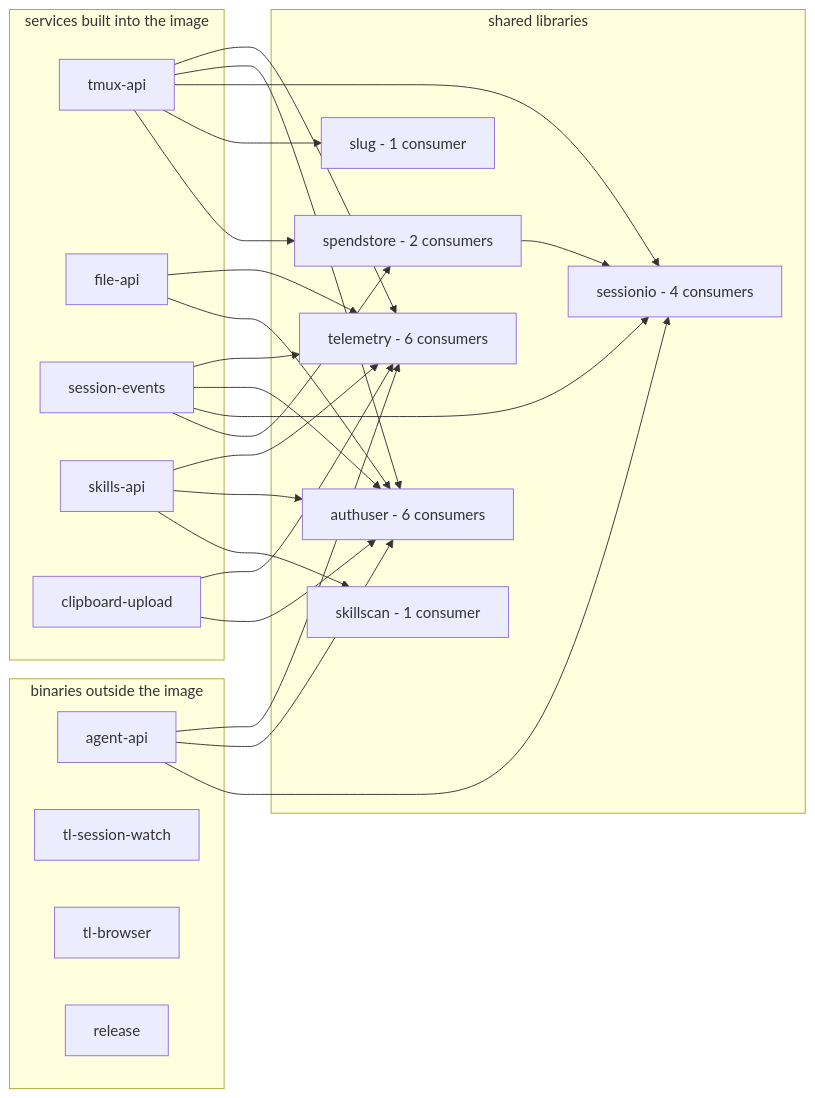
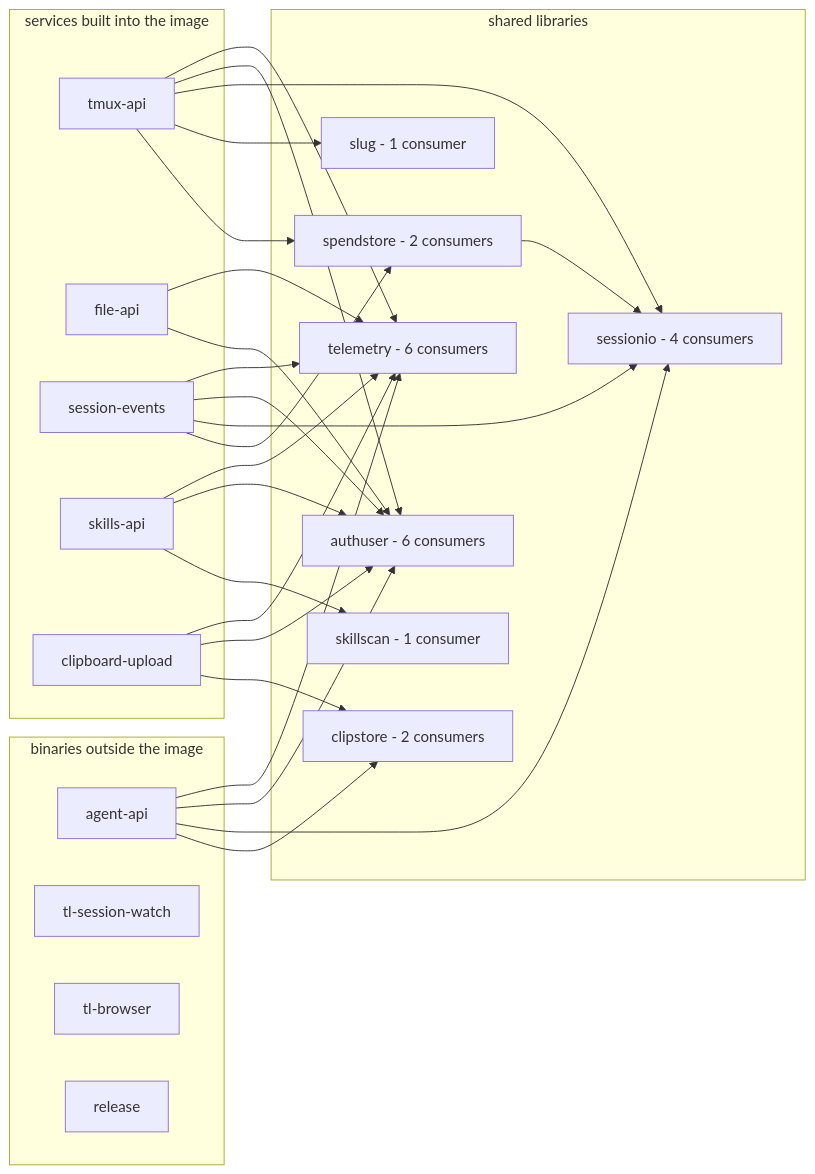
Before and after one commit to ViktorBarzin/terminal-lobby: the diagram in docs/architecture.md, drawn with Mermaid. The commit also changed other lines of this file and 9 other files, not shown here.

````diff
--- a/docs/architecture.md
+++ b/docs/architecture.md
@@ -41,45 +43,48 @@
 ```mermaid
 flowchart LR
   subgraph libs["shared libraries"]
     telemetry["telemetry - 6 consumers"]
     authuser["authuser - 6 consumers"]
     sessionio["sessionio - 4 consumers"]
     slug["slug - 1 consumer"]
     skillscan["skillscan - 1 consumer"]
     spendstore["spendstore - 2 consumers"]
+    clipstore["clipstore - 2 consumers"]
   end
   subgraph shipped["services built into the image"]
     tmuxapi["tmux-api"]
     fileapi["file-api"]
     sessionevents["session-events"]
     skillsapi["skills-api"]
     clipboard["clipboard-upload"]
   end
   subgraph standalone["binaries outside the image"]
     agentapi["agent-api"]
     watch["tl-session-watch"]
     tlbrowser["tl-browser"]
     release["release"]
   end
 
   tmuxapi --> telemetry
   tmuxapi --> authuser
   tmuxapi --> sessionio
   tmuxapi --> slug
   tmuxapi --> spendstore
   fileapi --> telemetry
   fileapi --> authuser
   sessionevents --> telemetry
   sessionevents --> authuser
   sessionevents --> sessionio
   sessionevents --> spendstore
   spendstore --> sessionio
   skillsapi --> telemetry
   skillsapi --> authuser
   skillsapi --> skillscan
   clipboard --> telemetry
   clipboard --> authuser
+  clipboard --> clipstore
   agentapi --> telemetry
   agentapi --> authuser
   agentapi --> sessionio
+  agentapi --> clipstore
 ```
````
